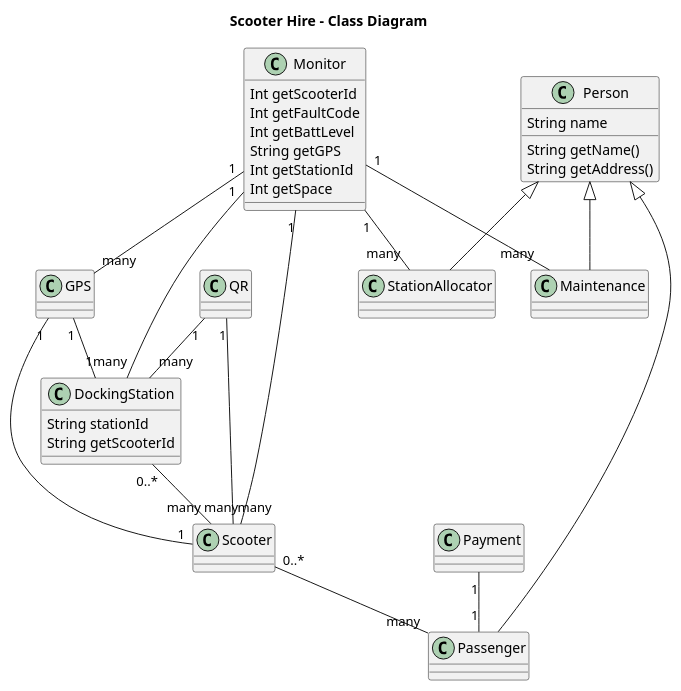
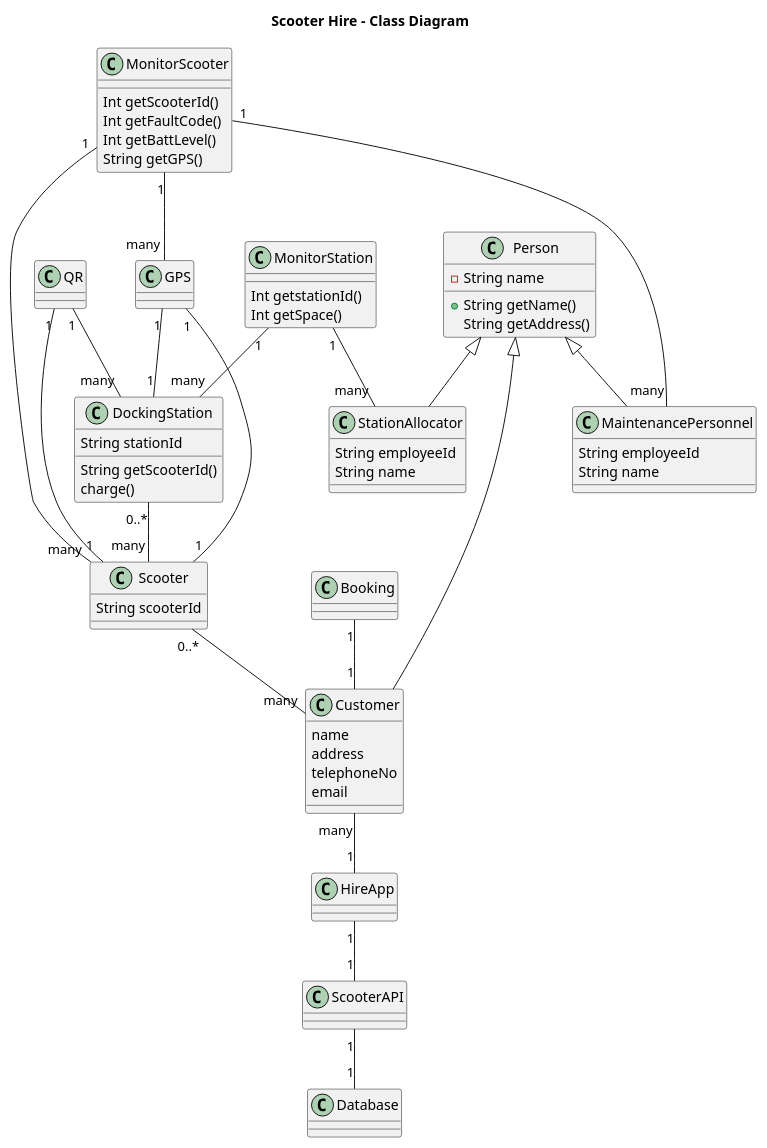
One commit to antonianwufo/mv_bootcamp changed the diagram in Electric_Scooter/classDiagram.puml. Above: the diagram before and after it, drawn with PlantUML. The commit also changed other lines of this file and 6 other files, not shown here.

```diff
--- a/Electric_Scooter/classDiagram.puml
+++ b/Electric_Scooter/classDiagram.puml
@@ -1,54 +2,76 @@
 @startuml
 
 title Scooter Hire - Class Diagram
 
 class Person {
-  String name
-  String getName()
+  - String name
+  + String getName()
   String getAddress()
 }
-class Passenger {
+class Customer {
+  name
+  address
+  telephoneNo
+  email
+
 }
 class QR {
 }
-class Payment {
+class Booking {
 }
-class Maintenance {
+class MaintenancePersonnel {
+  String employeeId
+  String name
 }
 class StationAllocator {
+    String employeeId
+    String name
 }
 class DockingStation {
   String stationId
-  String getScooterId
+  String getScooterId()
+  charge()
   ' String maximum allocation = 10
 }
 class Scooter {
+  String scooterId
 }
 class GPS {
 }
-class Monitor {
-  Int getScooterId
-  Int getFaultCode
-  Int getBattLevel
-  String getGPS
-  Int getStationId
-  Int getSpace
+class MonitorScooter {
+  Int getScooterId()
+  Int getFaultCode()
+  Int getBattLevel()
+  String getGPS()
+}
+class MonitorStation {
+  Int getstationId()
+  Int getSpace()
+}
+class Database{
+}
+class ScooterAPI{
+}
+class HireApp{
 }
 
-Person <|-- Passenger
-Person <|-- Maintenance
+Person <|-- Customer
+Person <|-- MaintenancePersonnel
 Person <|-- StationAllocator
-Scooter "0..*" -- "many" Passenger
+Scooter "0..*" -- "many" Customer
 DockingStation "0..*" -- "many" Scooter
-Payment "1" -- "1" Passenger
+Booking "1" -- "1" Customer
 GPS "1" -- "1" Scooter
 GPS "1" -- "1" DockingStation
 QR "1" -- "many" DockingStation
-QR "1" -- "many" Scooter
-Monitor "1" -- "many" DockingStation
-Monitor "1" -- "many" GPS
-Monitor "1" -- "many" Scooter
-Monitor "1" -- "many" Maintenance
-Monitor "1" -- "many" StationAllocator
+QR "1" -- "1" Scooter
+MonitorStation "1" -- "many" DockingStation
+MonitorScooter "1" -- "many" GPS
+MonitorScooter "1" -- "many" Scooter
+MonitorScooter "1" -- "many" MaintenancePersonnel
+MonitorStation "1" -- "many" StationAllocator
+Customer "many" -- "1" HireApp
+ScooterAPI "1" -- "1" Database
+HireApp "1" -- "1" ScooterAPI
 
 @enduml
```
